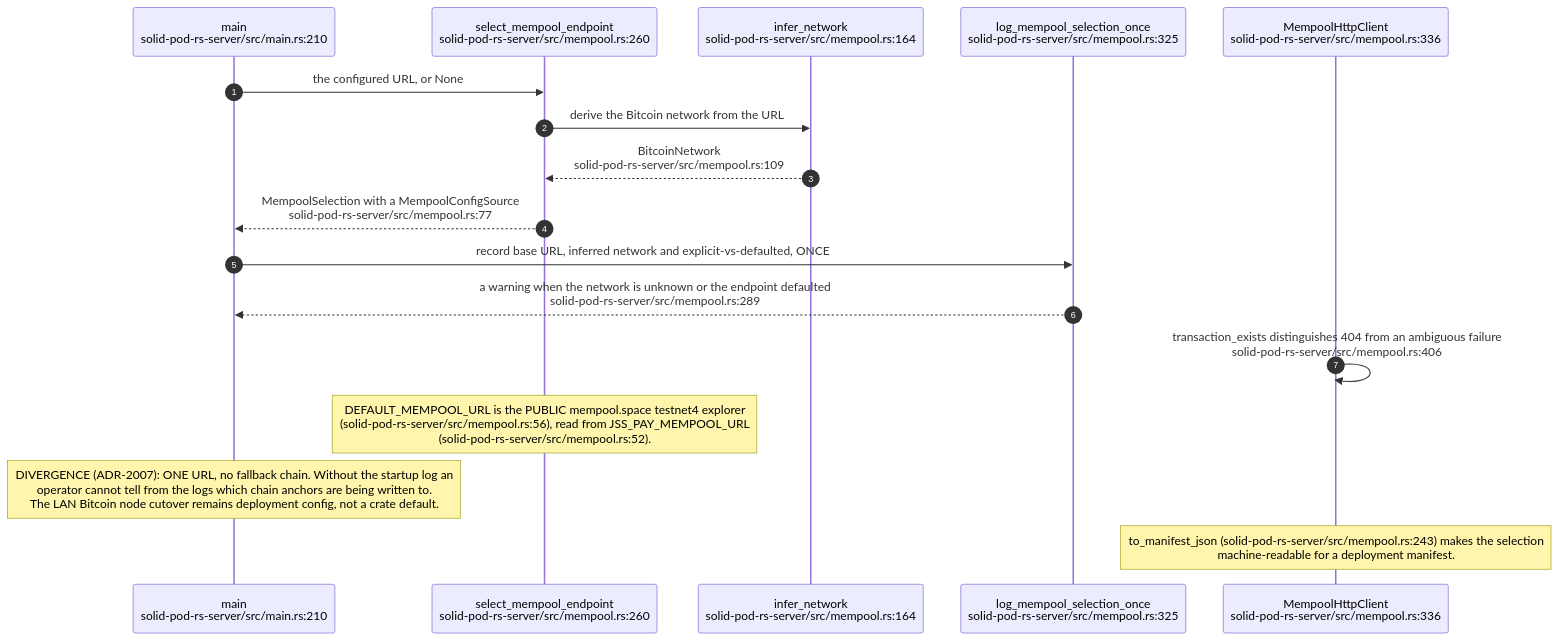
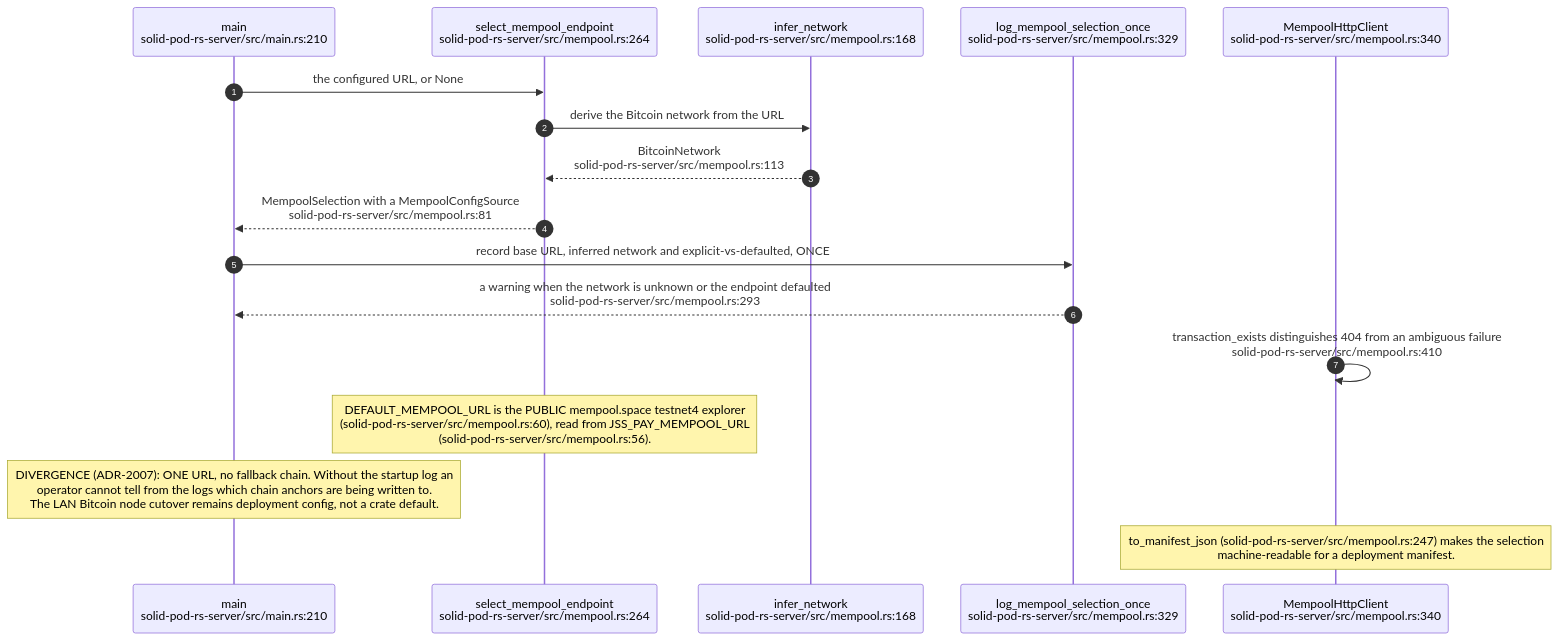
The tenth of 19 diagrams in docs/diagrams/solid-pod-rs/07-provenance-and-payments.md (DreamLab-AI/VisionFlow), drawn with Mermaid before and after one commit. The commit also changed other lines of this file and 26 other files, not shown here.

First line of the commit message:
docs(diagrams): re-verify solid-pod-rs, nostr-rust-forum and visionclaw 22/36 against HEAD

````diff
--- a/docs/diagrams/solid-pod-rs/07-provenance-and-payments.md
+++ b/docs/diagrams/solid-pod-rs/07-provenance-and-payments.md
@@ -291,21 +314,21 @@
 ```mermaid
 sequenceDiagram
     autonumber
     participant M as main<br/>solid-pod-rs-server/src/main.rs:210
-    participant SEL as select_mempool_endpoint<br/>solid-pod-rs-server/src/mempool.rs:260
-    participant INF as infer_network<br/>solid-pod-rs-server/src/mempool.rs:164
-    participant LOG as log_mempool_selection_once<br/>solid-pod-rs-server/src/mempool.rs:325
-    participant C as MempoolHttpClient<br/>solid-pod-rs-server/src/mempool.rs:336
+    participant SEL as select_mempool_endpoint<br/>solid-pod-rs-server/src/mempool.rs:264
+    participant INF as infer_network<br/>solid-pod-rs-server/src/mempool.rs:168
+    participant LOG as log_mempool_selection_once<br/>solid-pod-rs-server/src/mempool.rs:329
+    participant C as MempoolHttpClient<br/>solid-pod-rs-server/src/mempool.rs:340
 
     M->>SEL: the configured URL, or None
     SEL->>INF: derive the Bitcoin network from the URL
-    INF-->>SEL: BitcoinNetwork<br/>solid-pod-rs-server/src/mempool.rs:109
-    SEL-->>M: MempoolSelection with a MempoolConfigSource<br/>solid-pod-rs-server/src/mempool.rs:77
+    INF-->>SEL: BitcoinNetwork<br/>solid-pod-rs-server/src/mempool.rs:113
+    SEL-->>M: MempoolSelection with a MempoolConfigSource<br/>solid-pod-rs-server/src/mempool.rs:81
     M->>LOG: record base URL, inferred network and explicit-vs-defaulted, ONCE
-    LOG-->>M: a warning when the network is unknown or the endpoint defaulted<br/>solid-pod-rs-server/src/mempool.rs:289
-    C->>C: transaction_exists distinguishes 404 from an ambiguous failure<br/>solid-pod-rs-server/src/mempool.rs:406
+    LOG-->>M: a warning when the network is unknown or the endpoint defaulted<br/>solid-pod-rs-server/src/mempool.rs:293
+    C->>C: transaction_exists distinguishes 404 from an ambiguous failure<br/>solid-pod-rs-server/src/mempool.rs:410
 
-    Note over SEL: DEFAULT_MEMPOOL_URL is the PUBLIC mempool.space testnet4 explorer<br/>(solid-pod-rs-server/src/mempool.rs:56), read from JSS_PAY_MEMPOOL_URL<br/>(solid-pod-rs-server/src/mempool.rs:52).
+    Note over SEL: DEFAULT_MEMPOOL_URL is the PUBLIC mempool.space testnet4 explorer<br/>(solid-pod-rs-server/src/mempool.rs:60), read from JSS_PAY_MEMPOOL_URL<br/>(solid-pod-rs-server/src/mempool.rs:56).
     Note over M: DIVERGENCE (ADR-2007): ONE URL, no fallback chain. Without the startup log an<br/>operator cannot tell from the logs which chain anchors are being written to.<br/>The LAN Bitcoin node cutover remains deployment config, not a crate default.
-    Note over C: to_manifest_json (solid-pod-rs-server/src/mempool.rs:243) makes the selection<br/>machine-readable for a deployment manifest.
+    Note over C: to_manifest_json (solid-pod-rs-server/src/mempool.rs:247) makes the selection<br/>machine-readable for a deployment manifest.
 ```
````
